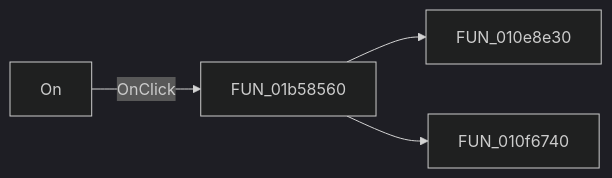
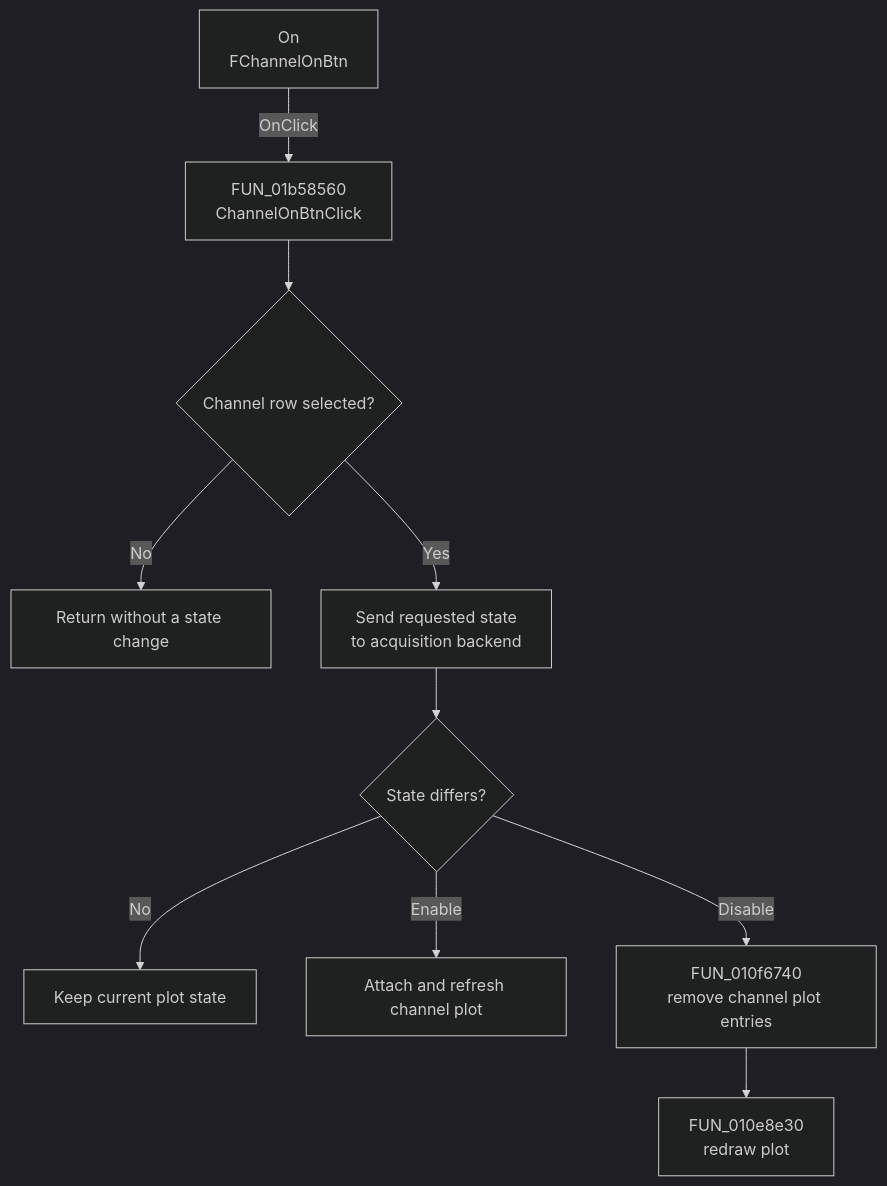
One commit to MovGP0/TIARA changed the diagram in docs/ui-controls/xyrecorderwin/fchannelonbtn-3f73e7af18.md. Above: the diagram before and after it, drawn with Mermaid (dark theme). The commit also changed other lines of this file and 387 other files, not shown here.

````diff
--- a/docs/ui-controls/xyrecorderwin/fchannelonbtn-3f73e7af18.md
+++ b/docs/ui-controls/xyrecorderwin/fchannelonbtn-3f73e7af18.md
@@ -27,6 +29,12 @@
 ```mermaid
-flowchart LR
-    control["On"] -->|OnClick| handler["FUN_01b58560"]
-    handler --> call1["FUN_010e8e30"]
-    handler --> call2["FUN_010f6740"]
+flowchart TD
+    control["On<br/>FChannelOnBtn"] -->|OnClick| handler["FUN_01b58560<br/>ChannelOnBtnClick"]
+    handler --> selected{"Channel row selected?"}
+    selected -->|No| unchanged["Return without a state change"]
+    selected -->|Yes| backend["Send requested state<br/>to acquisition backend"]
+    backend --> differs{"State differs?"}
+    differs -->|No| done["Keep current plot state"]
+    differs -->|Enable| attach["Attach and refresh channel plot"]
+    differs -->|Disable| remove["FUN_010f6740<br/>remove channel plot entries"]
+    remove --> redraw["FUN_010e8e30<br/>redraw plot"]
 ```
````
